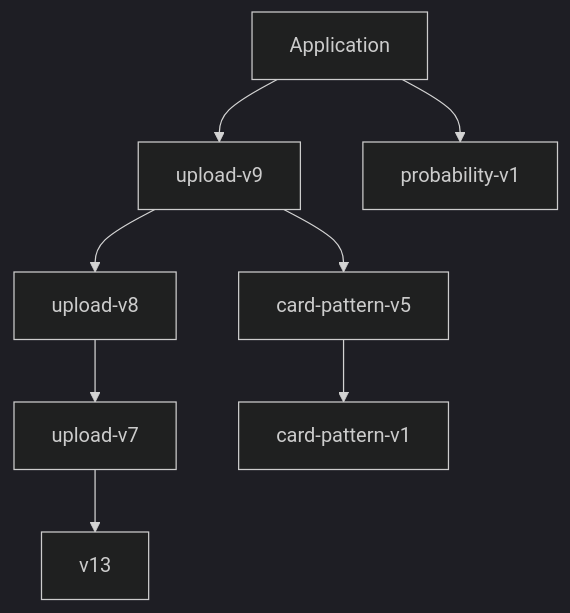
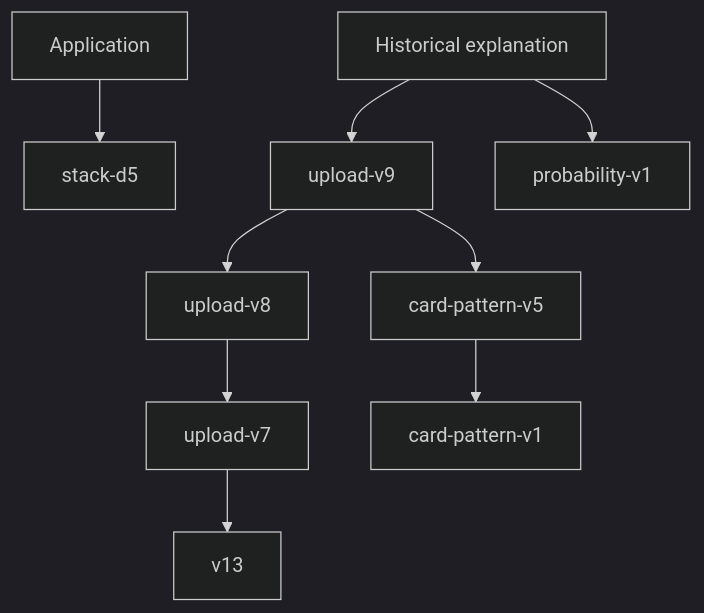
Before and after one commit to Vortex-VK/RiskFlow: the diagram in backend/model_artifacts/README.md, drawn with Mermaid (dark theme). The commit also changed other lines of this file and 136 other files, not shown here.

````diff
--- a/backend/model_artifacts/README.md
+++ b/backend/model_artifacts/README.md
@@ -15,10 +16,11 @@
 ```mermaid
 flowchart TD
-  app[Application] --> head[upload-v9]
+  app[Application] --> stack[stack-d5]
+  historical[Historical explanation] --> head[upload-v9]
   head --> base[upload-v8]
   base --> cards[upload-v7]
   cards --> core[v13]
   head --> priority[card-pattern-v5]
   priority --> pattern[card-pattern-v1]
-  app --> mapping[probability-v1]
+  historical --> mapping[probability-v1]
 ```
````
